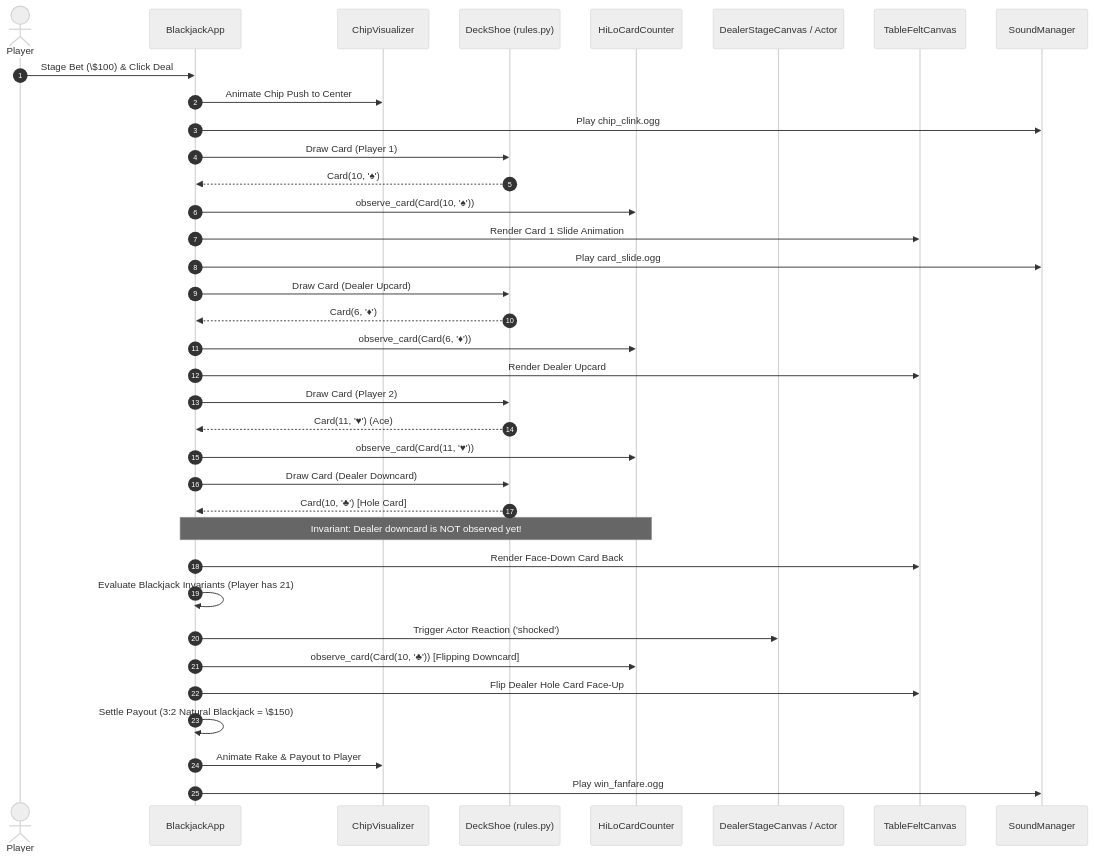
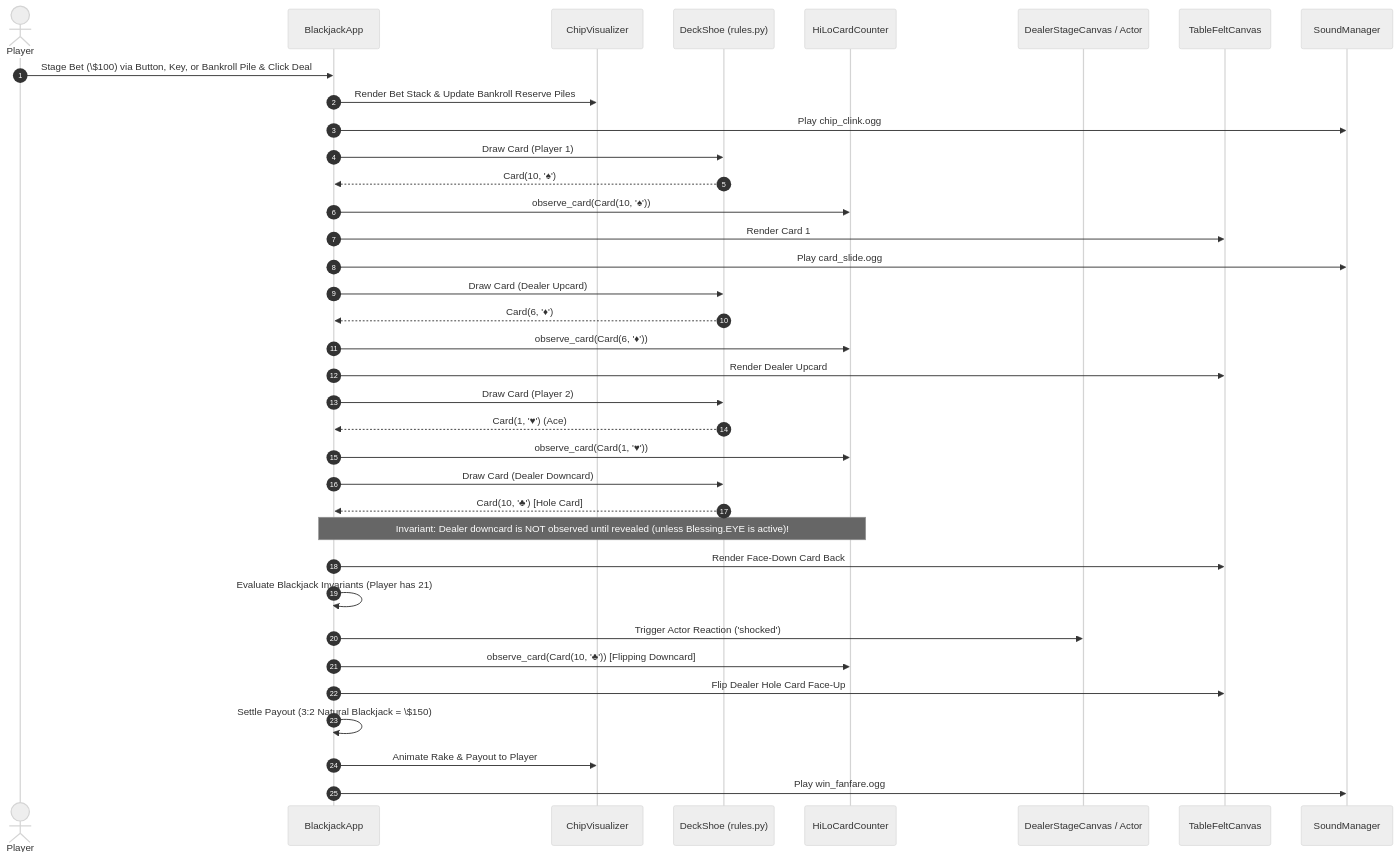
Before and after one commit to OldSnakey/blackjack: the second of 4 diagrams in docs/ARCHITECTURE_CRC.md, drawn with Mermaid (neutral theme). The commit also changed other lines of this file and 23 other files, not shown here.

````diff
--- a/docs/ARCHITECTURE_CRC.md
+++ b/docs/ARCHITECTURE_CRC.md
@@ -307,43 +307,43 @@
 ```mermaid
 sequenceDiagram
     autonumber
     actor Player
     participant App as BlackjackApp
     participant Chip as ChipVisualizer
     participant Shoe as DeckShoe (rules.py)
     participant Counter as HiLoCardCounter
     participant Stage as DealerStageCanvas / Actor
     participant Felt as TableFeltCanvas
     participant Audio as SoundManager
 
-    Player->>App: Stage Bet (\$100) & Click Deal
-    App->>Chip: Animate Chip Push to Center
+    Player->>App: Stage Bet (\$100) via Button, Key, or Bankroll Pile & Click Deal
+    App->>Chip: Render Bet Stack & Update Bankroll Reserve Piles
     App->>Audio: Play chip_clink.ogg
     App->>Shoe: Draw Card (Player 1)
     Shoe-->>App: Card(10, '♠')
     App->>Counter: observe_card(Card(10, '♠'))
-    App->>Felt: Render Card 1 Slide Animation
+    App->>Felt: Render Card 1
     App->>Audio: Play card_slide.ogg
     
     App->>Shoe: Draw Card (Dealer Upcard)
     Shoe-->>App: Card(6, '♦')
     App->>Counter: observe_card(Card(6, '♦'))
     App->>Felt: Render Dealer Upcard
     
     App->>Shoe: Draw Card (Player 2)
-    Shoe-->>App: Card(11, '♥') (Ace)
-    App->>Counter: observe_card(Card(11, '♥'))
+    Shoe-->>App: Card(1, '♥') (Ace)
+    App->>Counter: observe_card(Card(1, '♥'))
     
     App->>Shoe: Draw Card (Dealer Downcard)
     Shoe-->>App: Card(10, '♣') [Hole Card]
-    Note over Counter,App: Invariant: Dealer downcard is NOT observed yet!
+    Note over Counter,App: Invariant: Dealer downcard is NOT observed until revealed (unless Blessing.EYE is active)!
     App->>Felt: Render Face-Down Card Back
 
     App->>App: Evaluate Blackjack Invariants (Player has 21)
     App->>Stage: Trigger Actor Reaction ('shocked')
     App->>Counter: observe_card(Card(10, '♣')) [Flipping Downcard]
     App->>Felt: Flip Dealer Hole Card Face-Up
     App->>App: Settle Payout (3:2 Natural Blackjack = \$150)
     App->>Chip: Animate Rake & Payout to Player
     App->>Audio: Play win_fanfare.ogg
 ```
````
